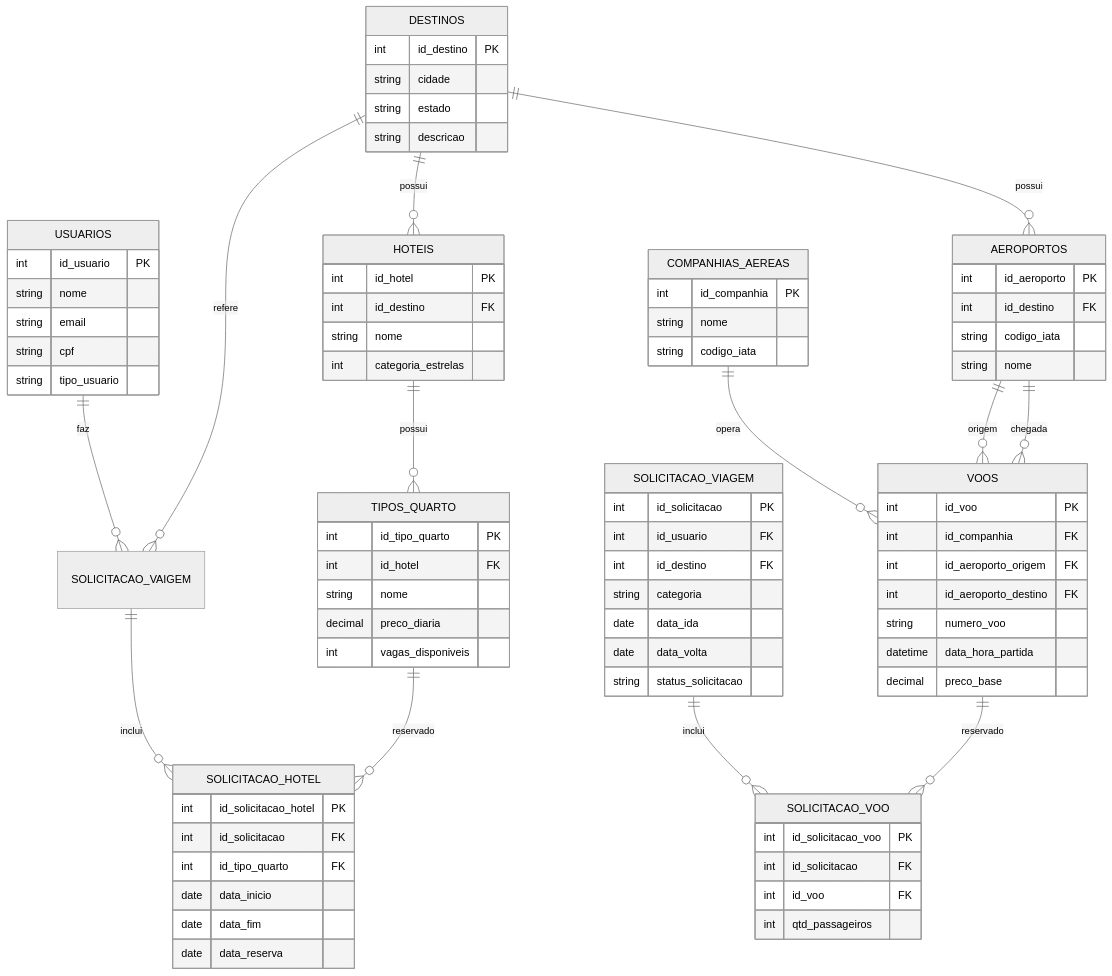
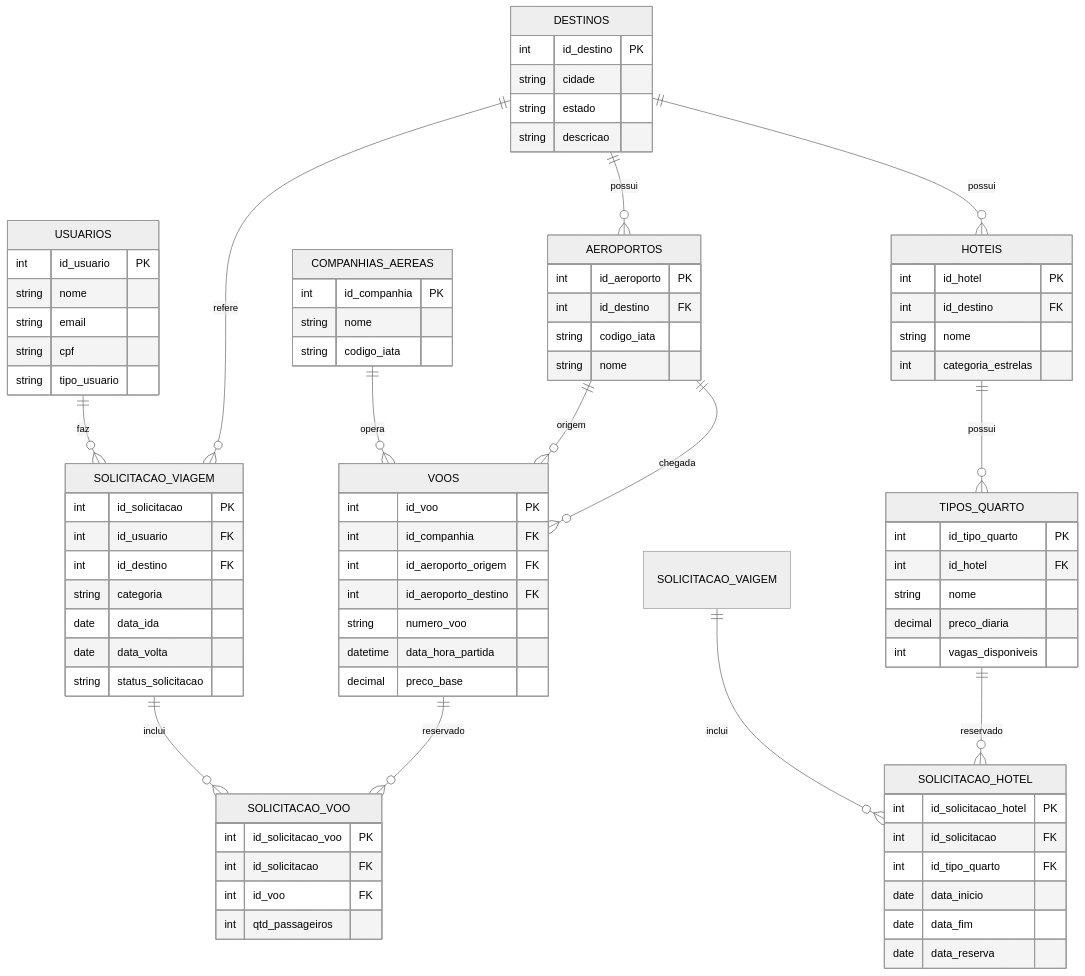
The diagram in README.md (isadorapoliveira/BrasilTravel), drawn with Mermaid (neutral theme) before and after one commit.

````diff
--- a/README.md
+++ b/README.md
@@ -13,7 +13,7 @@
 ```mermaid
 erDiagram
-  USUARIOS ||--o{ SOLICITACAO_VAIGEM : faz
-  DESTINOS ||--o{ SOLICITACAO_VAIGEM : refere
+  USUARIOS ||--o{ SOLICITACAO_VIAGEM : faz
+  DESTINOS ||--o{ SOLICITACAO_VIAGEM : refere
   DESTINOS ||--o{ AEROPORTOS : possui
   DESTINOS ||--o{ HOTEIS : possui
   COMPANHIAS_AEREAS ||--o{ VOOS : opera
````
